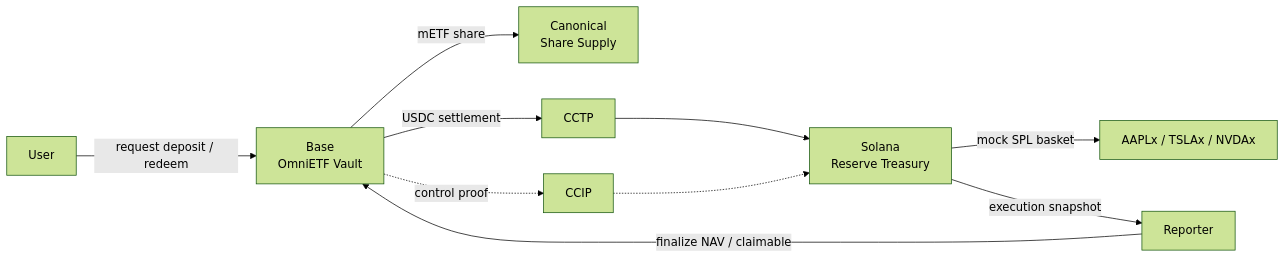
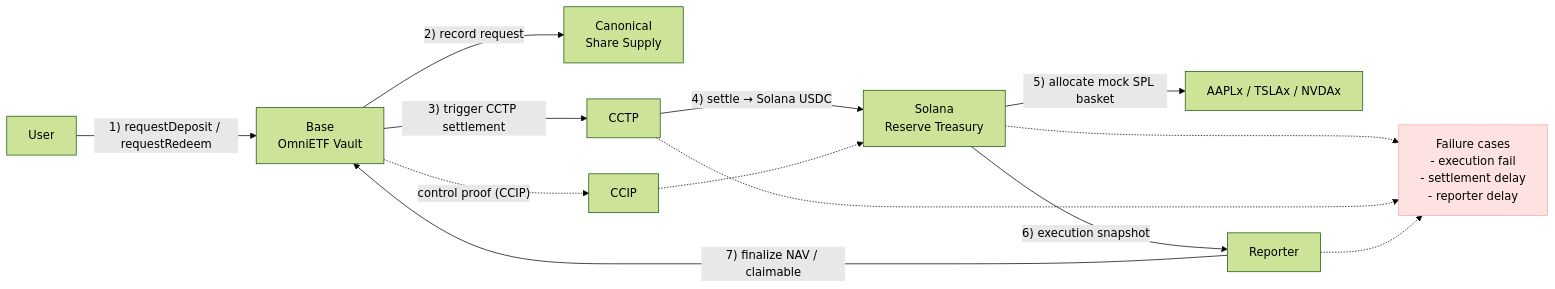
Before and after one commit to Ham3798/OmniETF: the first of 3 diagrams in slides.md, drawn with Mermaid (forest theme). The commit also changed other lines of this file, not shown here.

````diff
--- a/slides.md
+++ b/slides.md
@@ -351,12 +373,17 @@
 ```mermaid
 flowchart LR
-  U["User"] -->|"request deposit / redeem"| B["Base\nOmniETF Vault"]
-  B -->|"mETF share"| M["Canonical\nShare Supply"]
-  B -->|"USDC settlement"| C["CCTP"]
-  C --> R["Solana\nReserve Treasury"]
-  R -->|"mock SPL basket"| X["AAPLx / TSLAx / NVDAx"]
-  R -->|"execution snapshot"| P["Reporter"]
-  P -->|"finalize NAV / claimable"| B
-  B -.->|"control proof"| K["CCIP"]
+  U["User"] -->|"1) requestDeposit / requestRedeem"| B["Base\nOmniETF Vault"]
+  B -->|"2) record request"| M["Canonical\nShare Supply"]
+  B -->|"3) trigger CCTP settlement"| C["CCTP"]
+  C -->|"4) settle → Solana USDC"| R["Solana\nReserve Treasury"]
+  R -->|"5) allocate mock SPL basket"| X["AAPLx / TSLAx / NVDAx"]
+  R -->|"6) execution snapshot"| P["Reporter"]
+  P -->|"7) finalize NAV / claimable"| B
+  B -.->|"control proof (CCIP)"| K["CCIP"]
   K -.-> R
+  F["Failure cases<br/>- execution fail<br/>- settlement delay<br/>- reporter delay"]:::failure
+  R -.-> F
+  C -.-> F
+  P -.-> F
+  classDef failure fill:#fee2e2,stroke:#fca5a5;
 ```
````
